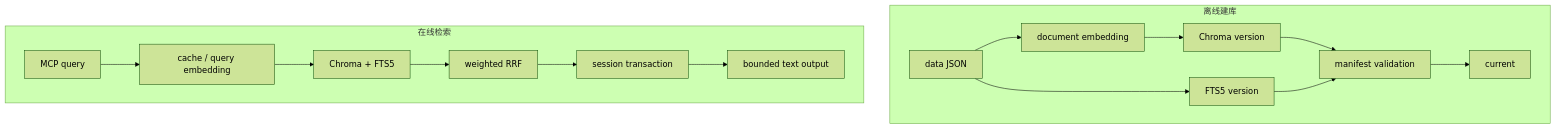
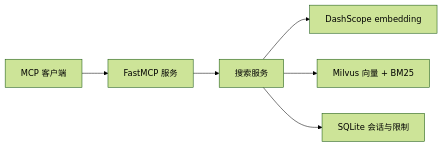
Before and after one commit to keta1930/icml2026-mcp: the diagram in docs/content/docs/zh/concepts/architecture.mdx, drawn with Mermaid (forest theme). The commit also changed other lines of this file and 136 other files, not shown here.

````diff
--- a/docs/content/docs/zh/concepts/architecture.mdx
+++ b/docs/content/docs/zh/concepts/architecture.mdx
@@ -19,18 +6,8 @@
 ```mermaid
-flowchart TB
-    subgraph Build[离线建库]
-      A[data JSON] --> B[document embedding]
-      B --> C[Chroma version]
-      A --> D[FTS5 version]
-      C --> E[manifest validation]
-      D --> E
-      E --> F[current]
-    end
-    subgraph Query[在线检索]
-      G[MCP query] --> H[cache / query embedding]
-      H --> I[Chroma + FTS5]
-      I --> J[weighted RRF]
-      J --> K[session transaction]
-      K --> L[bounded text output]
-    end
+flowchart LR
+    A[MCP 客户端] --> B[FastMCP 服务]
+    B --> C[搜索服务]
+    C --> D[DashScope embedding]
+    C --> E[Milvus 向量 + BM25]
+    C --> F[SQLite 会话与限制]
 ```
````
